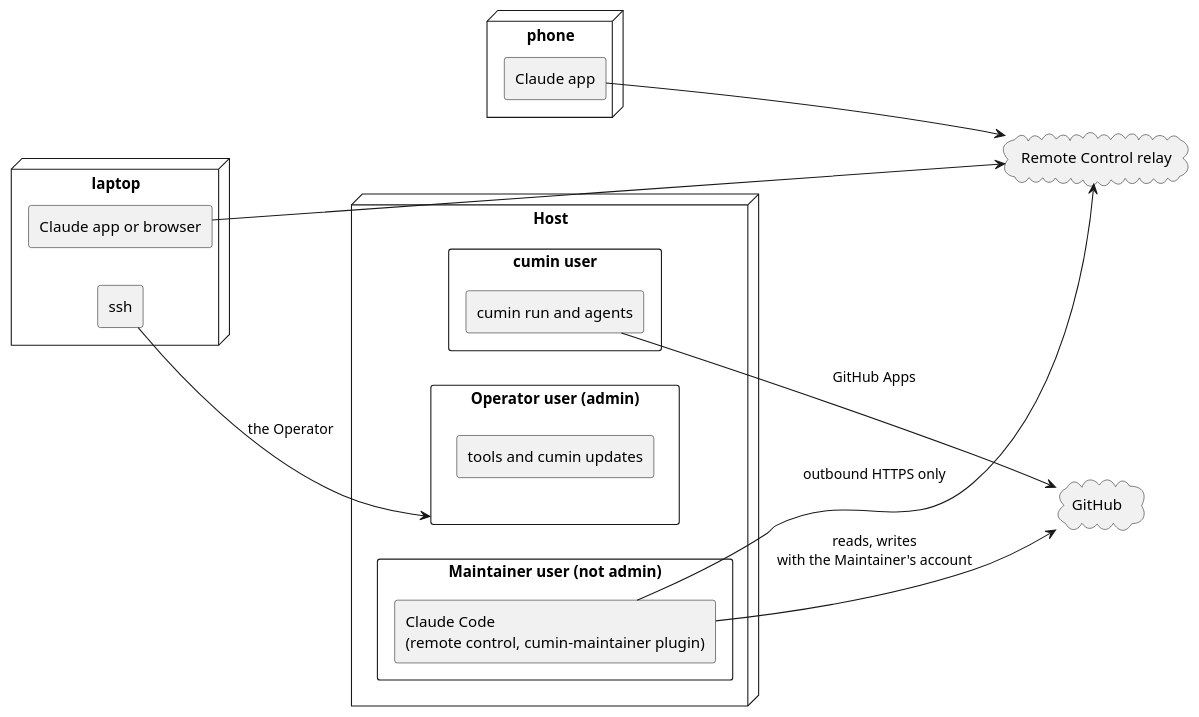
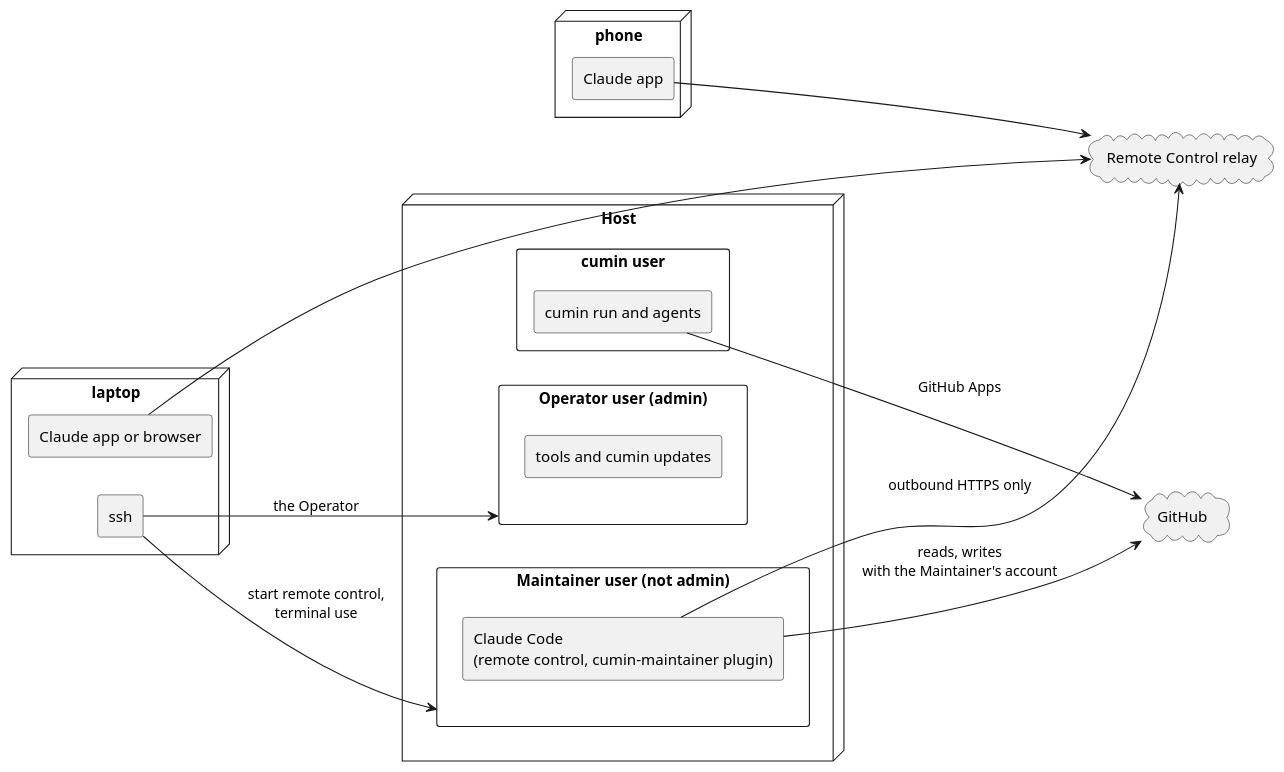
The diagram in docs/ja/requirements/plugin/overview.puml (cloveclovedev/cumin-works), drawn with PlantUML before and after one commit. The commit also changed 8 other files, not shown here.

```diff
--- a/docs/ja/requirements/plugin/overview.puml
+++ b/docs/ja/requirements/plugin/overview.puml
@@ -1,36 +1,37 @@
 @startuml overview
 ' cumin-works - the reference setup for the Claude Code of a Maintainer.
 ' This setup is a reference, not a requirement.
 ' Render: run scripts/render-diagrams.sh at the root of the repository.
 
 left to right direction
 
 node "phone" as Phone {
   rectangle "Claude app" as App
 }
 node "laptop" as Laptop {
   rectangle "Claude app or browser" as Browser
   rectangle "ssh" as Ssh
 }
 cloud "Remote Control relay" as Relay
 cloud "GitHub" as GitHub
 node "Host" as Host {
   rectangle "cumin user" as CuminUser {
     rectangle "cumin run and agents" as Run
   }
   rectangle "Operator user (admin)" as OperatorUser {
     rectangle "tools and cumin updates" as Tools
   }
   rectangle "Maintainer user (not admin)" as MaintainerUser {
     rectangle "Claude Code\n(remote control, cumin-maintainer plugin)" as Claude
   }
 }
 
 App --> Relay
 Browser --> Relay
 Claude --> Relay : outbound HTTPS only
 Ssh --> OperatorUser : the Operator
+Ssh --> MaintainerUser : start remote control,\nterminal use
 Claude --> GitHub : reads, writes\nwith the Maintainer's account
 Run --> GitHub : GitHub Apps
 
 @enduml
```
